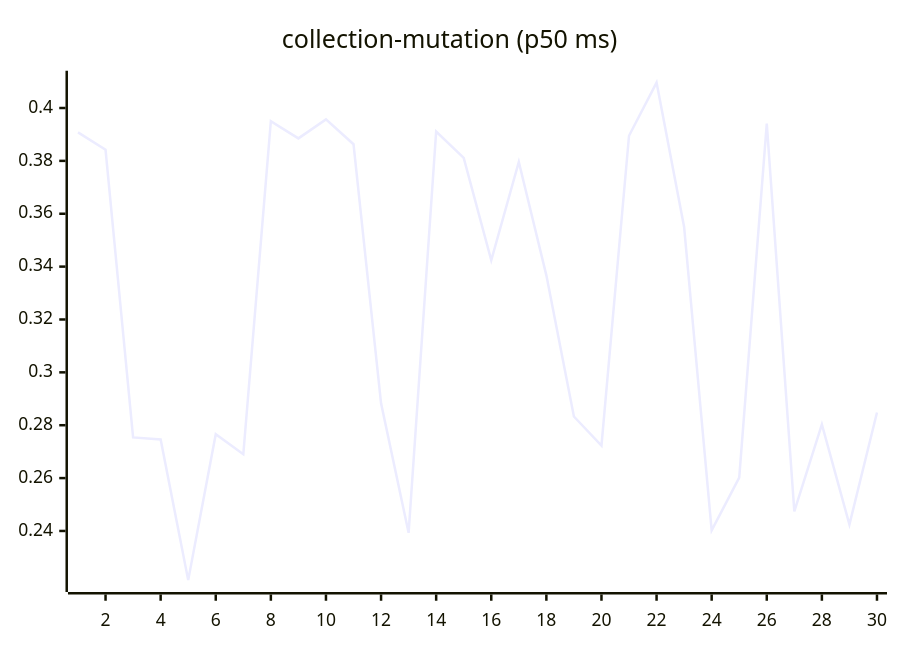
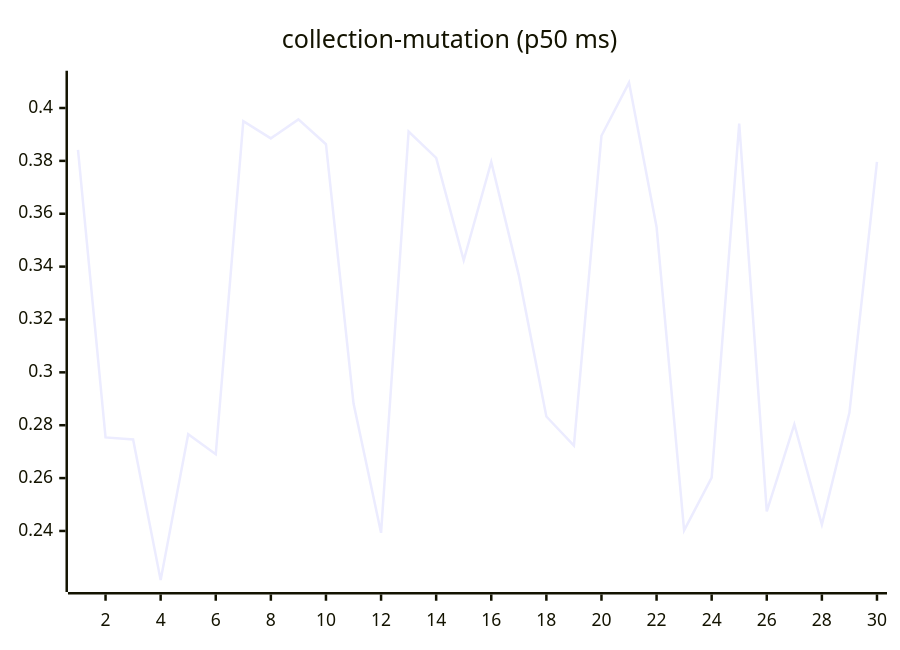
Before and after one commit to josha/Facet: the sixth of 27 diagrams in README.md, drawn with Mermaid. The commit also changed other lines of this file and 2 other files, not shown here.

````diff
--- a/README.md
+++ b/README.md
@@ -98,6 +98,6 @@
 ```mermaid
 xychart-beta
     title "collection-mutation (p50 ms)"
     x-axis 1 --> 30
-    line [0.3908, 0.3842, 0.2754, 0.2746, 0.2214, 0.2766, 0.2690, 0.3950, 0.3885, 0.3957, 0.3863, 0.2883, 0.2393, 0.3911, 0.3811, 0.3424, 0.3796, 0.3367, 0.2833, 0.2723, 0.3895, 0.4096, 0.3550, 0.2402, 0.2602, 0.3941, 0.2474, 0.2803, 0.2424, 0.2848]
+    line [0.3842, 0.2754, 0.2746, 0.2214, 0.2766, 0.2690, 0.3950, 0.3885, 0.3957, 0.3863, 0.2883, 0.2393, 0.3911, 0.3811, 0.3424, 0.3796, 0.3367, 0.2833, 0.2723, 0.3895, 0.4096, 0.3550, 0.2402, 0.2602, 0.3941, 0.2474, 0.2803, 0.2424, 0.2848, 0.3796]
 ```
````
